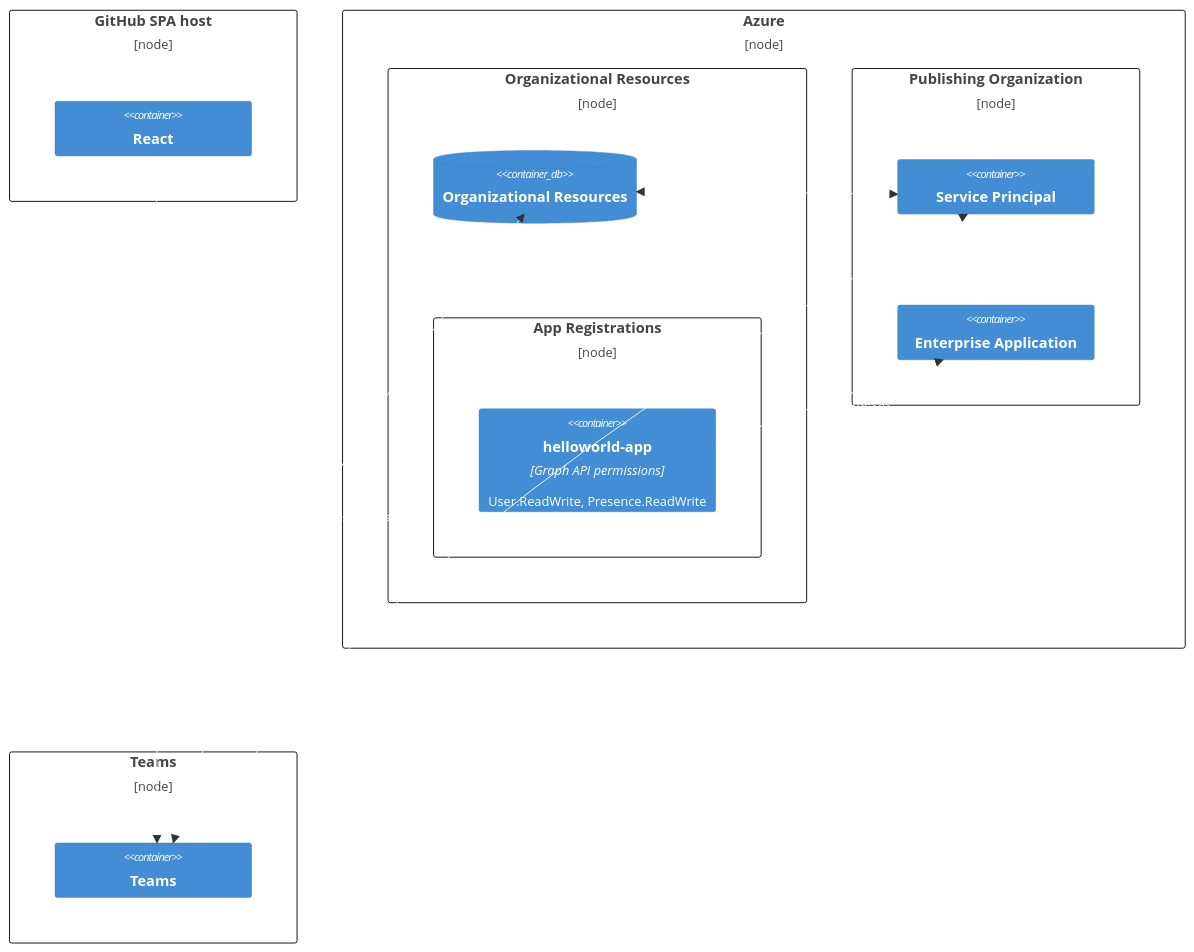
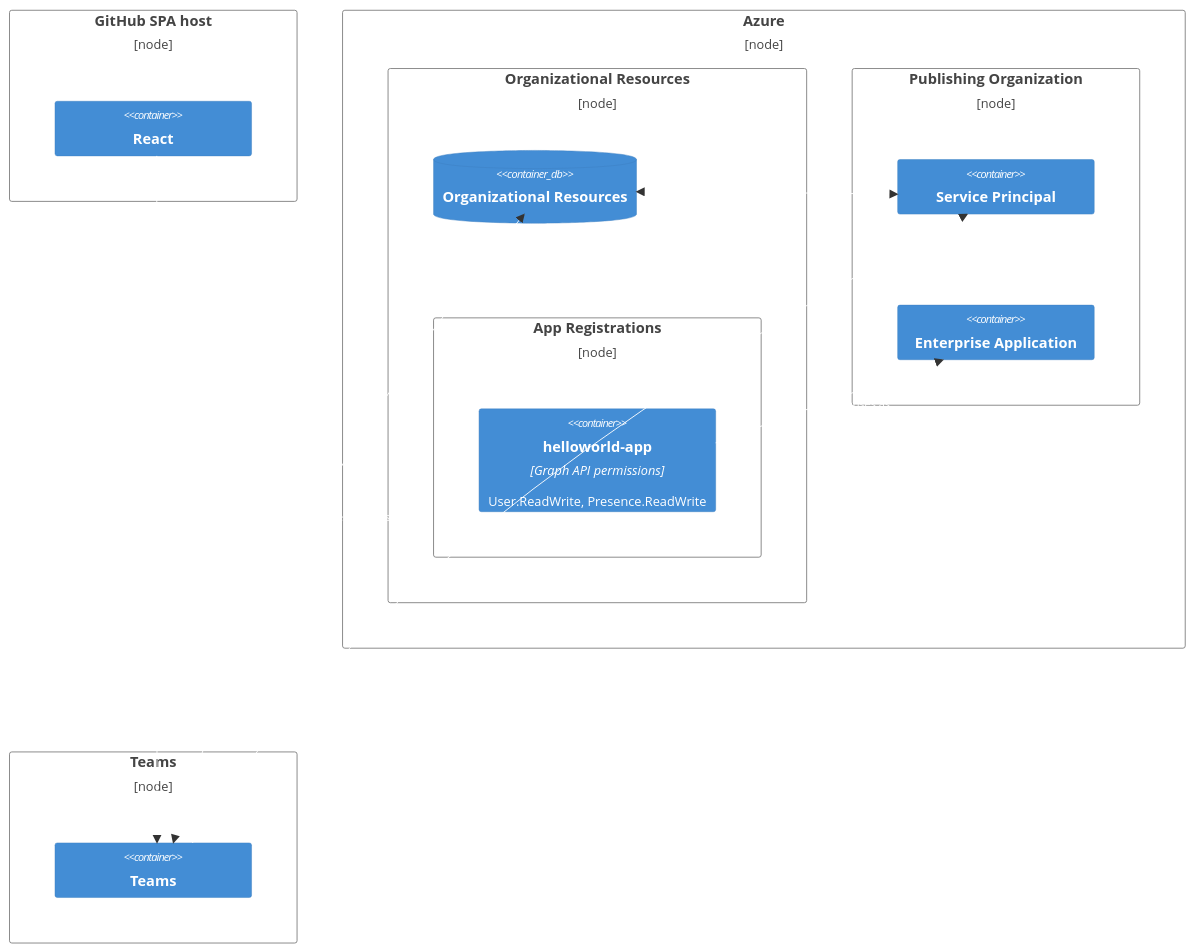
One commit to CynicDog/azure-entra-in-spa changed the diagram in README.md. Above: the diagram before and after it, drawn with Mermaid.

````diff
--- a/README.md
+++ b/README.md
@@ -2,47 +2,47 @@
 ```mermaid
 C4Deployment
     title  
     
     Deployment_Node(github, "GitHub SPA host") {
         Container(React, "React", "", "")
     }
 
     Deployment_Node(azure, "Azure") {
         Deployment_Node(organizationalResources, "Organizational Resources") {
         ContainerDb(Organizational_Resources, "Organizational Resources", "")
         
         Deployment_Node(appRegistrations, "App Registrations") {
                 Container(helloworld_app, "helloworld-app", "Graph API permissions", "User.ReadWrite, Presence.ReadWrite")
             }
         }
 
         Deployment_Node(publishingOrganization, "Publishing Organization") {
             Container(Service_Principal, "Service Principal", "", "")
             Container(Enterprise_Application, "Enterprise Application", "", "")        
         }
     }
         
     Deployment_Node(teams, "Teams") {
         Container(Teams, "Teams", "", "")
     }
     
     Rel(helloworld_app, Enterprise_Application, "Exposes as")
     Rel(Teams, Service_Principal, "Delegates to")
     Rel(React, Teams, "Provides endpoint")
     BiRel(Service_Principal, Organizational_Resources, "Accesses")
     BiRel(Teams, Organizational_Resources, "On behalf of user")
 
-    UpdateElementStyle(azure, $borderColor="black")
-    UpdateElementStyle(github, $borderColor="black")
-    UpdateElementStyle(teams, $borderColor="black")
-    UpdateElementStyle(organizationalResources, $borderColor="black")
-    UpdateElementStyle(appRegistrations, $borderColor="black")
-    UpdateElementStyle(publishingOrganization, $borderColor="black")
+    UpdateElementStyle(azure, $borderColor="gray")
+    UpdateElementStyle(github, $borderColor="gray")
+    UpdateElementStyle(teams, $borderColor="gray")
+    UpdateElementStyle(organizationalResources, $borderColor="gray")
+    UpdateElementStyle(appRegistrations, $borderColor="gray")
+    UpdateElementStyle(publishingOrganization, $borderColor="gray")
     
     UpdateRelStyle(helloworld_app, Enterprise_Application, $textColor="white", $lineColor="white", ,$offsetX="5")
     UpdateRelStyle(Teams, Service_Principal, $textColor="white", $lineColor="white")
     UpdateRelStyle(React, Teams, $textColor="white", $lineColor="white", $offsetY="-15", $offsetX="-40")
     UpdateRelStyle(Service_Principal, Organizational_Resources, $textColor="white", $lineColor="white", $offsetY="-15", $offsetX="-40")
     UpdateRelStyle(Teams, Organizational_Resources, $textColor="white", $lineColor="white", $offsetY="-15", $offsetX="-40")
       
 ```
````
